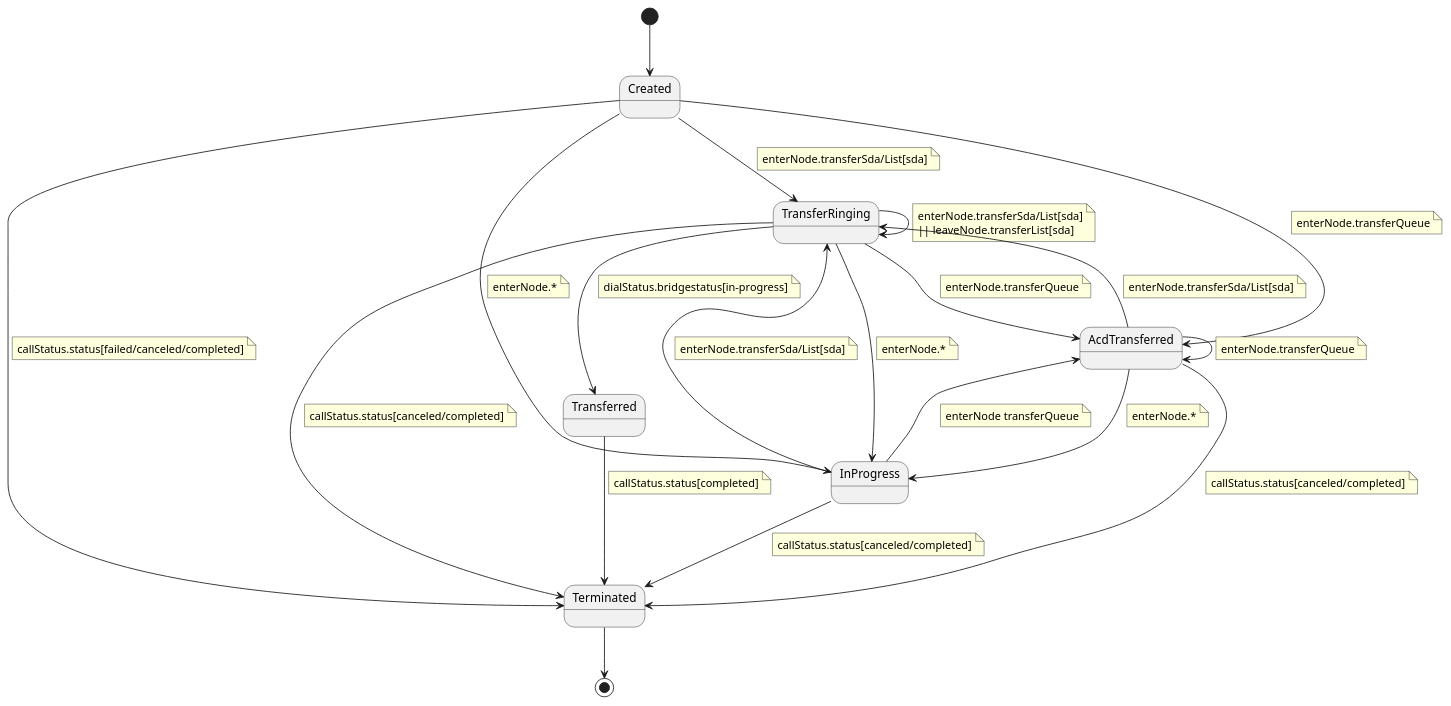
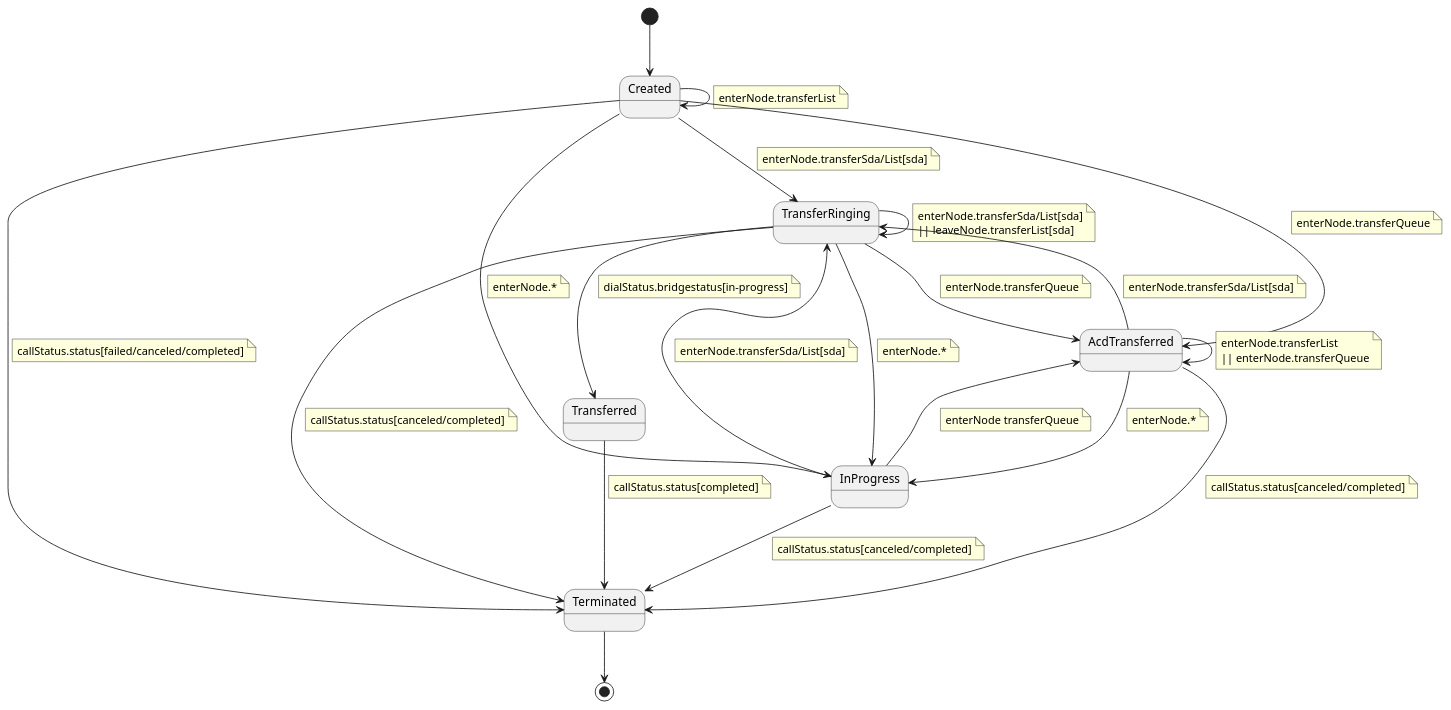
The second of 6 diagrams in Readme.org (eauc/cljs_ivr), drawn with PlantUML before and after one commit. The commit also changed other lines of this file and 5 other files, not shown here.

Commit message:
transferList leave & without Dial -> no state change

```diff
--- a/Readme.org
+++ b/Readme.org
@@ -429,6 +434,10 @@
 Created --> TransferRinging
 note right on link
 enterNode.transferSda/List[sda]
+end note
+Created --> Created
+note right on link
+enterNode.transferList
 end note
 Created --> AcdTransferred
 note right on link
@@ -489,7 +498,8 @@
 end note
 AcdTransferred --> AcdTransferred
 note right on link
-enterNode.transferQueue
+enterNode.transferList
+|| enterNode.transferQueue
 end note
 AcdTransferred --> InProgress
 note right on link
```
